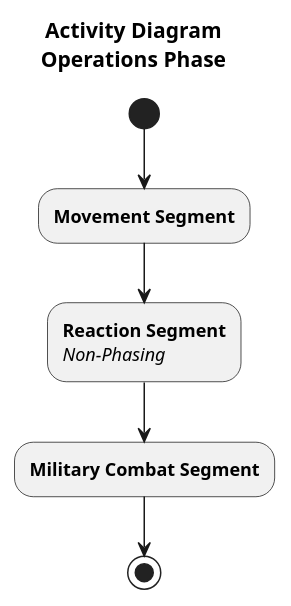
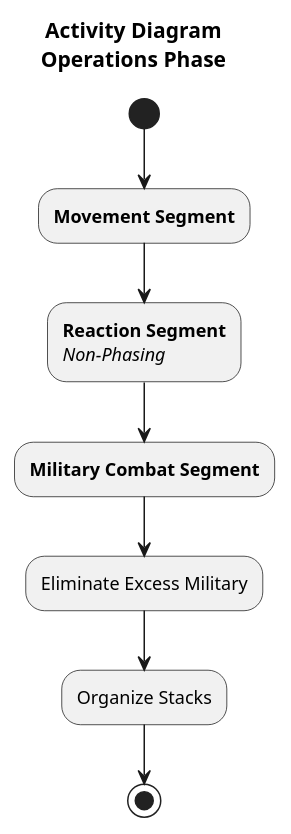
The diagram in Turn/Operations-Phase.plantuml (ui-cs383/Activity-Diagrams), drawn with PlantUML before and after one commit. The commit also changed 10 other files, not shown here.

Commit message:
Added Movement-Segment, modified Detection-PDB-Combat

```diff
--- a/Turn/Operations-Phase.plantuml
+++ b/Turn/Operations-Phase.plantuml
@@ -1,17 +1,21 @@
 @startuml
 
 title Activity Diagram\nOperations Phase
 
 ' Operations Phase
 ' Written by Samuel Foster
 ' Parents: /Turn/Starsystem-Player-Turn
-' Children: /Turn/Movement-Segment /Turn/Reaction-Segment /Turn/Military-Combat-Segment
+' Children: /Movement/Movement-Segment /Movement/Reaction-Segment /Combat/Military-Combat-Segment
 
 (*) --> "<b>Movement Segment" as MS
 
 MS --> "<b>Reaction Segment\n<i>Non-Phasing" as RS
 
 RS --> "<b>Military Combat Segment" as MCS
 
+MCS --> "Eliminate Excess Military" as EM
+
+EM --> "Organize Stacks"
+
 --> (*)
 @enduml
```
